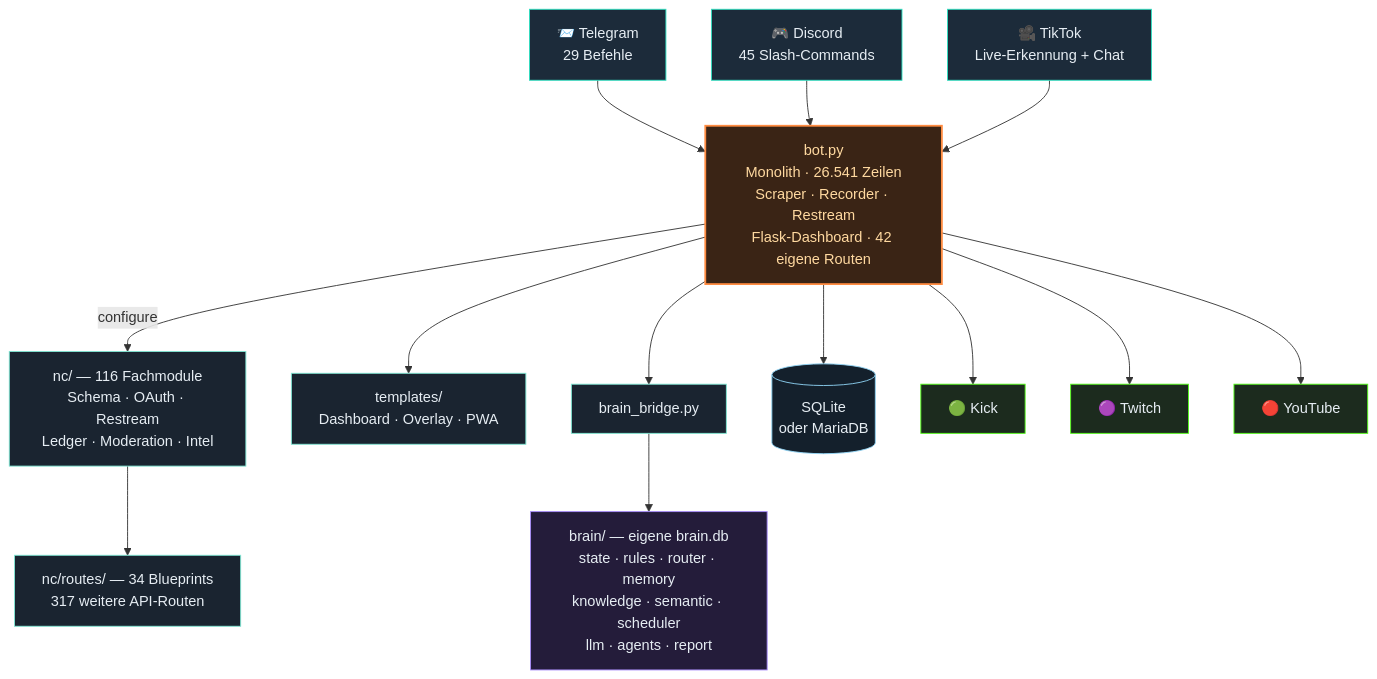
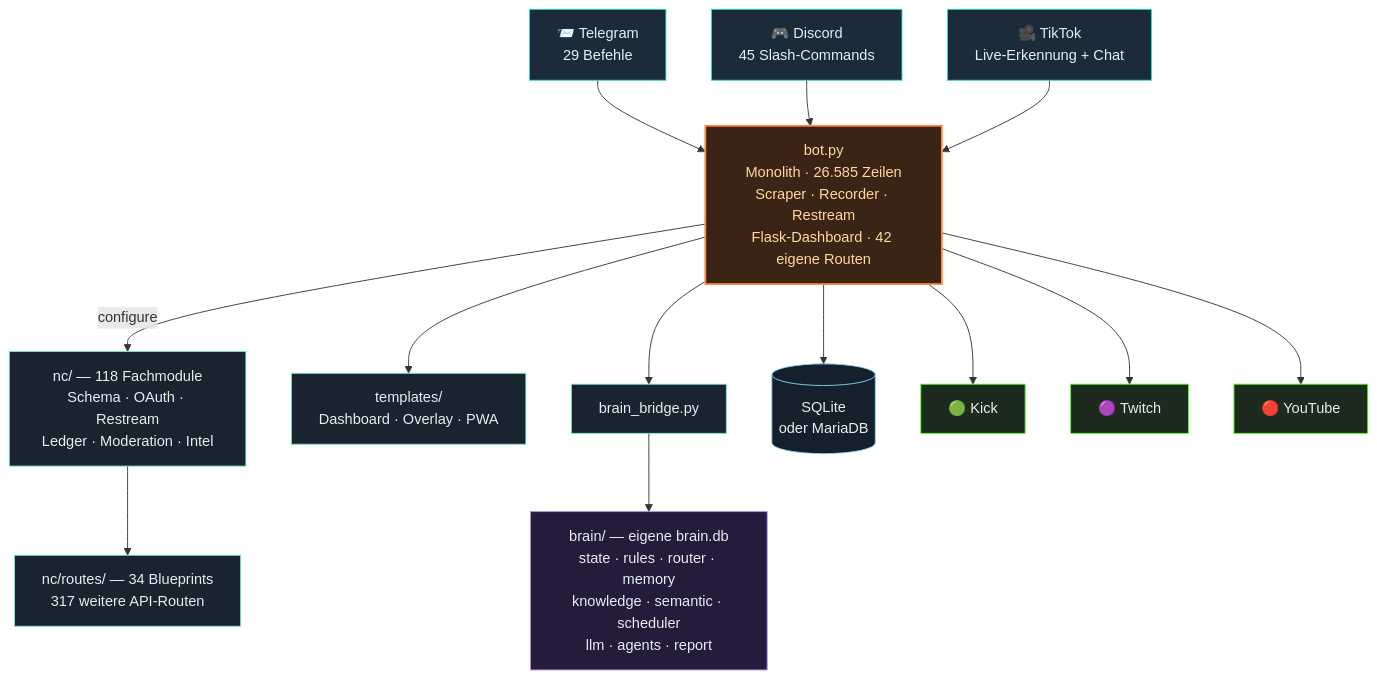
The third of 4 diagrams in README.md (itsamemedev/Telegram-Stream-Info-Bot), drawn with Mermaid before and after one commit. The commit also changed other lines of this file and 37 other files, not shown here.

````diff
--- a/README.md
+++ b/README.md
@@ -189,30 +189,30 @@
 ```mermaid
 flowchart TB
     TG["📨 Telegram<br/>29 Befehle"]:::ein
     DC["🎮 Discord<br/>45 Slash-Commands"]:::ein
     TT["🎥 TikTok<br/>Live-Erkennung + Chat"]:::ein
 
     TG --> BOT
     DC --> BOT
     TT --> BOT
 
-    BOT["bot.py<br/>Monolith · 26.541 Zeilen<br/>Scraper · Recorder · Restream<br/>Flask-Dashboard · 42 eigene Routen"]:::core
+    BOT["bot.py<br/>Monolith · 26.585 Zeilen<br/>Scraper · Recorder · Restream<br/>Flask-Dashboard · 42 eigene Routen"]:::core
 
-    BOT -->|configure| NC["nc/ — 116 Fachmodule<br/>Schema · OAuth · Restream<br/>Ledger · Moderation · Intel"]:::lib
+    BOT -->|configure| NC["nc/ — 118 Fachmodule<br/>Schema · OAuth · Restream<br/>Ledger · Moderation · Intel"]:::lib
     NC --> RT["nc/routes/ — 34 Blueprints<br/>317 weitere API-Routen"]:::lib
     BOT --> TPL["templates/<br/>Dashboard · Overlay · PWA"]:::lib
     BOT --> BR["brain_bridge.py"]:::lib
     BR --> BRAIN["brain/ — eigene brain.db<br/>state · rules · router · memory<br/>knowledge · semantic · scheduler<br/>llm · agents · report"]:::brain
     BOT --> DB[("SQLite<br/>oder MariaDB")]:::db
 
     BOT --> KICK["🟢 Kick"]:::out
     BOT --> TW["🟣 Twitch"]:::out
     BOT --> YT["🔴 YouTube"]:::out
 
     classDef ein fill:#1c2b3a,stroke:#2de1c2,color:#e6edf3
     classDef core fill:#3a2415,stroke:#ff8c42,stroke-width:2px,color:#ffd9a0
     classDef lib fill:#1a2430,stroke:#7fe7d4,color:#e6edf3
     classDef brain fill:#241c3a,stroke:#a78bfa,color:#e6edf3
     classDef db fill:#14202c,stroke:#8fd3f4,color:#e6edf3
     classDef out fill:#1c2b1e,stroke:#53fc18,color:#e6edf3
 ```
````
